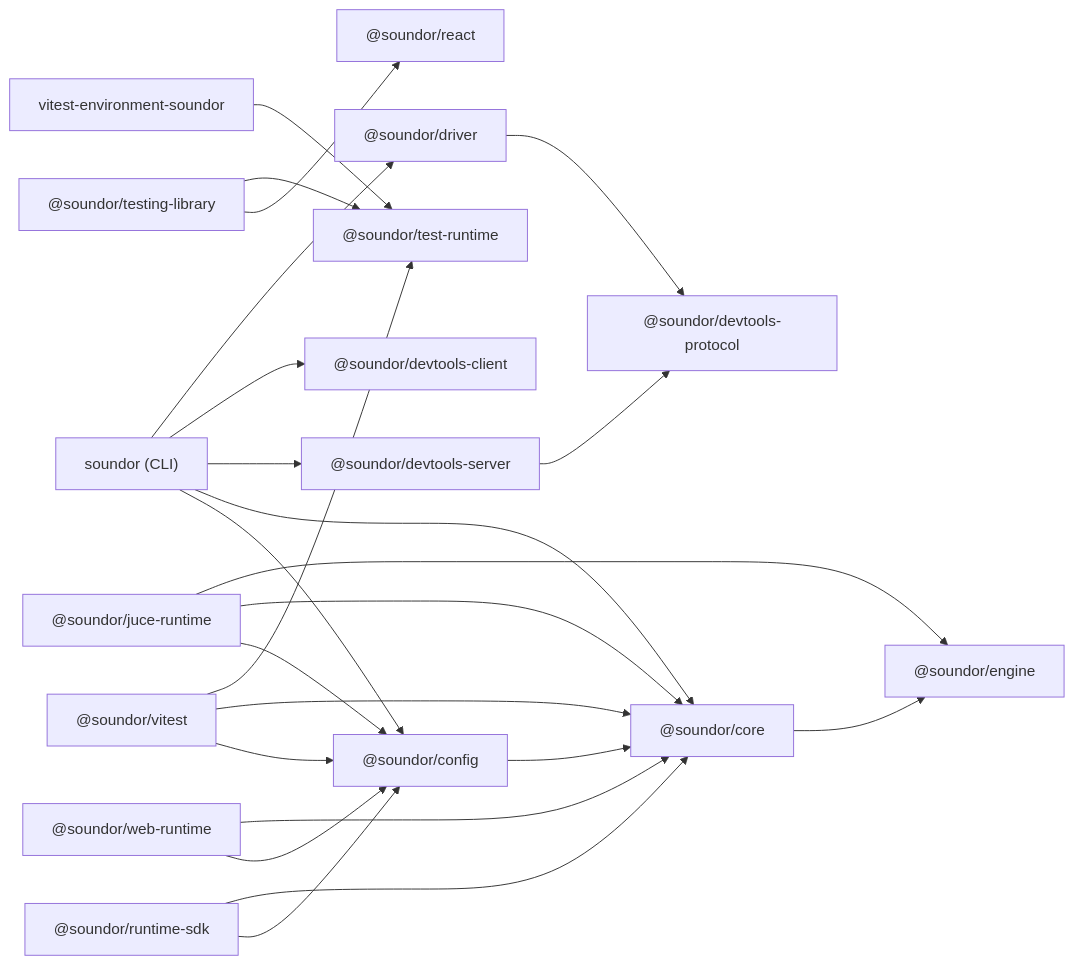
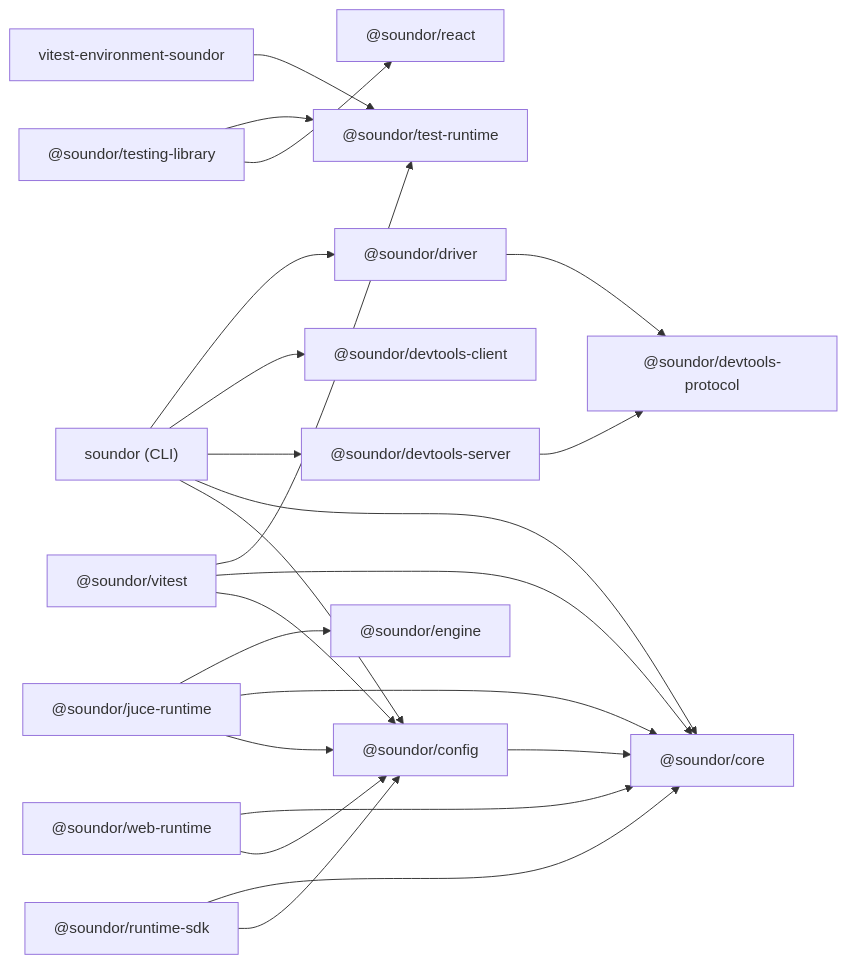
One commit to soundor/soundor changed the diagram in apps/website/content/docs/contribute/packages.md. Above: the diagram before and after it, drawn with Mermaid. The commit also changed other lines of this file and 29 other files, not shown here.

````diff
--- a/apps/website/content/docs/contribute/packages.md
+++ b/apps/website/content/docs/contribute/packages.md
@@ -24,25 +24,24 @@
 ```mermaid
 flowchart LR
     cli["soundor (CLI)"] --> config["@soundor/config"]
     cli --> core["@soundor/core"]
     cli --> dtserver["@soundor/devtools-server"]
     cli --> dtclient["@soundor/devtools-client"]
     cli --> driver["@soundor/driver"]
     driver --> dtprotocol
     dtserver --> dtprotocol["@soundor/devtools-protocol"]
     config --> core
-    core --> engine["@soundor/engine"]
     sdk["@soundor/runtime-sdk"] --> config
     sdk --> core
     juce["@soundor/juce-runtime"] --> config
     juce --> core
-    juce --> engine
+    juce --> engine["@soundor/engine"]
     web["@soundor/web-runtime"] --> config
     web --> core
     vitest["@soundor/vitest"] --> config
     vitest --> core
     vitest --> testruntime["@soundor/test-runtime"]
     env["vitest-environment-soundor"] --> testruntime
     tl["@soundor/testing-library"] --> react["@soundor/react"]
     tl --> testruntime
 ```
````
